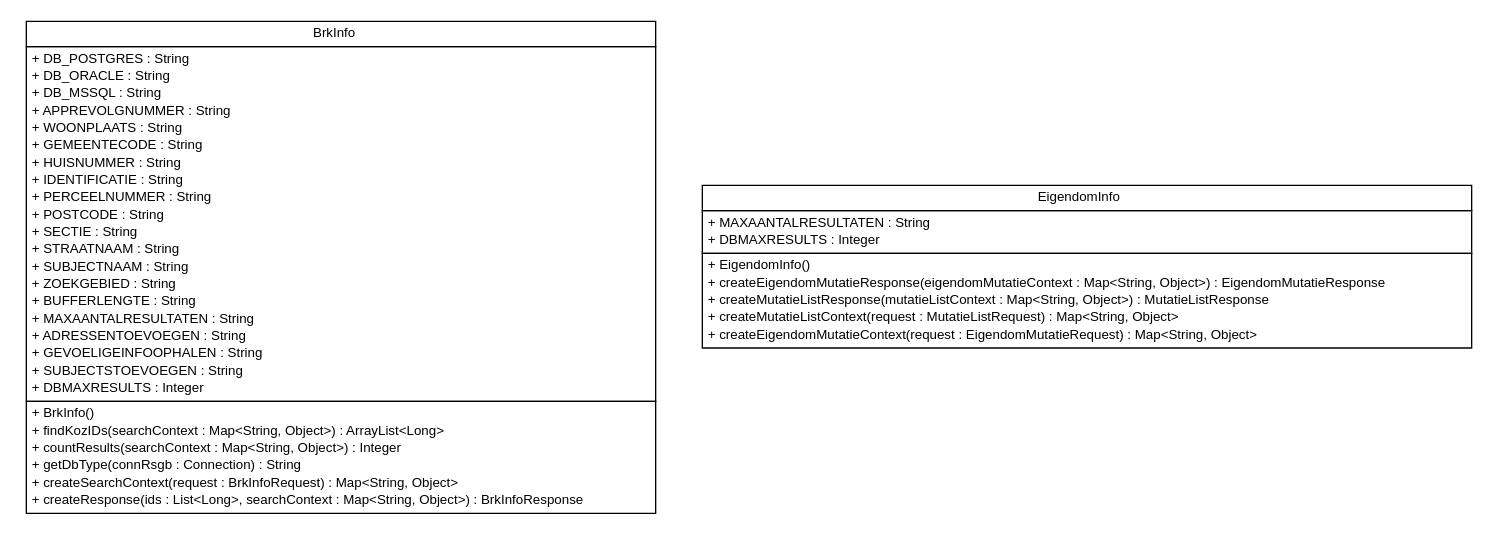
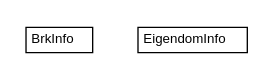
The diagram in brmo-soap/apidocs/nl/b3p/brmo/soap/db/nl.b3p.brmo.soap.db.dot (B3Partners/brmo), drawn with Graphviz before and after one commit. The commit also changed 280 other files, not shown here.

```diff
--- a/brmo-soap/apidocs/nl/b3p/brmo/soap/db/nl.b3p.brmo.soap.db.dot
+++ b/brmo-soap/apidocs/nl/b3p/brmo/soap/db/nl.b3p.brmo.soap.db.dot
@@ -1,65 +1,24 @@
 #!/usr/local/bin/dot
 #
 # Class diagram 
 # Generated by UMLGraph version R5_6-24-gf6e263 (http://www.umlgraph.org/)
 #
 
 digraph G {
 	edge [fontname="Helvetica",fontsize=10,labelfontname="Helvetica",labelfontsize=10];
 	node [fontname="Helvetica",fontsize=10,shape=plaintext];
 	nodesep=0.25;
 	ranksep=0.5;
 	// nl.b3p.brmo.soap.db.BrkInfo
 	c0 [label=<<table title="nl.b3p.brmo.soap.db.BrkInfo" border="0" cellborder="1" cellspacing="0" cellpadding="2" port="p" href="./BrkInfo.html">
 		<tr><td><table border="0" cellspacing="0" cellpadding="1">
 <tr><td align="center" balign="center"> BrkInfo </td></tr>
 		</table></td></tr>
-		<tr><td><table border="0" cellspacing="0" cellpadding="1">
-<tr><td align="left" balign="left"> + DB_POSTGRES : String </td></tr>
-<tr><td align="left" balign="left"> + DB_ORACLE : String </td></tr>
-<tr><td align="left" balign="left"> + DB_MSSQL : String </td></tr>
-<tr><td align="left" balign="left"> + APPREVOLGNUMMER : String </td></tr>
-<tr><td align="left" balign="left"> + WOONPLAATS : String </td></tr>
-<tr><td align="left" balign="left"> + GEMEENTECODE : String </td></tr>
-<tr><td align="left" balign="left"> + HUISNUMMER : String </td></tr>
-<tr><td align="left" balign="left"> + IDENTIFICATIE : String </td></tr>
-<tr><td align="left" balign="left"> + PERCEELNUMMER : String </td></tr>
-<tr><td align="left" balign="left"> + POSTCODE : String </td></tr>
-<tr><td align="left" balign="left"> + SECTIE : String </td></tr>
-<tr><td align="left" balign="left"> + STRAATNAAM : String </td></tr>
-<tr><td align="left" balign="left"> + SUBJECTNAAM : String </td></tr>
-<tr><td align="left" balign="left"> + ZOEKGEBIED : String </td></tr>
-<tr><td align="left" balign="left"> + BUFFERLENGTE : String </td></tr>
-<tr><td align="left" balign="left"> + MAXAANTALRESULTATEN : String </td></tr>
-<tr><td align="left" balign="left"> + ADRESSENTOEVOEGEN : String </td></tr>
-<tr><td align="left" balign="left"> + GEVOELIGEINFOOPHALEN : String </td></tr>
-<tr><td align="left" balign="left"> + SUBJECTSTOEVOEGEN : String </td></tr>
-<tr><td align="left" balign="left"> + DBMAXRESULTS : Integer </td></tr>
-		</table></td></tr>
-		<tr><td><table border="0" cellspacing="0" cellpadding="1">
-<tr><td align="left" balign="left"> + BrkInfo() </td></tr>
-<tr><td align="left" balign="left"> + findKozIDs(searchContext : Map&lt;String, Object&gt;) : ArrayList&lt;Long&gt; </td></tr>
-<tr><td align="left" balign="left"> + countResults(searchContext : Map&lt;String, Object&gt;) : Integer </td></tr>
-<tr><td align="left" balign="left"> + getDbType(connRsgb : Connection) : String </td></tr>
-<tr><td align="left" balign="left"> + createSearchContext(request : BrkInfoRequest) : Map&lt;String, Object&gt; </td></tr>
-<tr><td align="left" balign="left"> + createResponse(ids : List&lt;Long&gt;, searchContext : Map&lt;String, Object&gt;) : BrkInfoResponse </td></tr>
-		</table></td></tr>
 		</table>>, URL="./BrkInfo.html", fontname="Helvetica", fontcolor="black", fontsize=10.0];
 	// nl.b3p.brmo.soap.db.EigendomInfo
 	c1 [label=<<table title="nl.b3p.brmo.soap.db.EigendomInfo" border="0" cellborder="1" cellspacing="0" cellpadding="2" port="p" href="./EigendomInfo.html">
 		<tr><td><table border="0" cellspacing="0" cellpadding="1">
 <tr><td align="center" balign="center"> EigendomInfo </td></tr>
 		</table></td></tr>
-		<tr><td><table border="0" cellspacing="0" cellpadding="1">
-<tr><td align="left" balign="left"> + MAXAANTALRESULTATEN : String </td></tr>
-<tr><td align="left" balign="left"> + DBMAXRESULTS : Integer </td></tr>
-		</table></td></tr>
-		<tr><td><table border="0" cellspacing="0" cellpadding="1">
-<tr><td align="left" balign="left"> + EigendomInfo() </td></tr>
-<tr><td align="left" balign="left"> + createEigendomMutatieResponse(eigendomMutatieContext : Map&lt;String, Object&gt;) : EigendomMutatieResponse </td></tr>
-<tr><td align="left" balign="left"> + createMutatieListResponse(mutatieListContext : Map&lt;String, Object&gt;) : MutatieListResponse </td></tr>
-<tr><td align="left" balign="left"> + createMutatieListContext(request : MutatieListRequest) : Map&lt;String, Object&gt; </td></tr>
-<tr><td align="left" balign="left"> + createEigendomMutatieContext(request : EigendomMutatieRequest) : Map&lt;String, Object&gt; </td></tr>
-		</table></td></tr>
 		</table>>, URL="./EigendomInfo.html", fontname="Helvetica", fontcolor="black", fontsize=10.0];
 }
```
